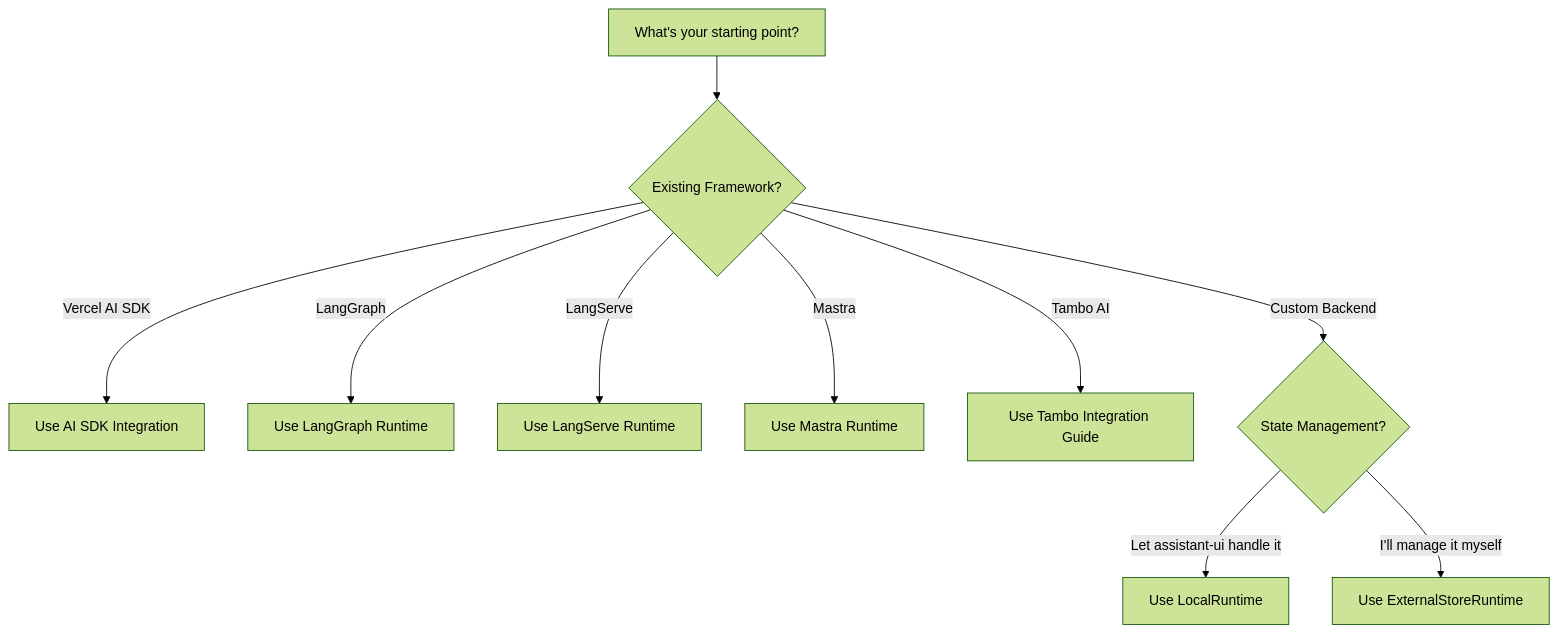
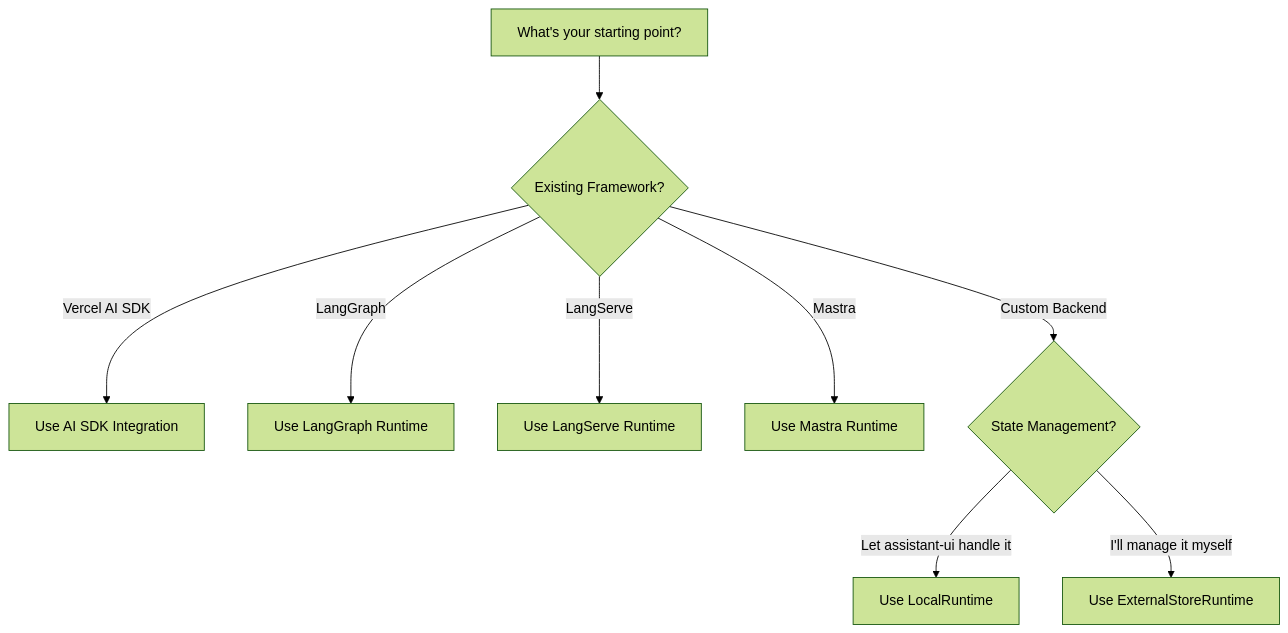
One commit to assistant-ui/assistant-ui changed the diagram in apps/docs/content/docs/runtimes/pick-a-runtime.mdx. Above: the diagram before and after it, drawn with Mermaid (forest theme). The commit also changed other lines of this file and 6 other files, not shown here.

````diff
--- a/apps/docs/content/docs/runtimes/pick-a-runtime.mdx
+++ b/apps/docs/content/docs/runtimes/pick-a-runtime.mdx
@@ -10,12 +10,11 @@
 ```mermaid
 graph TD
     A[What's your starting point?] --> B{Existing Framework?}
     B -->|Vercel AI SDK| C[Use AI SDK Integration]
     B -->|LangGraph| D[Use LangGraph Runtime]
     B -->|LangServe| E[Use LangServe Runtime]
     B -->|Mastra| F[Use Mastra Runtime]
-    B -->|Tambo AI| J[Use Tambo Integration Guide]
     B -->|Custom Backend| G{State Management?}
     G -->|Let assistant-ui handle it| H[Use LocalRuntime]
     G -->|I'll manage it myself| I[Use ExternalStoreRuntime]
 ```
````
